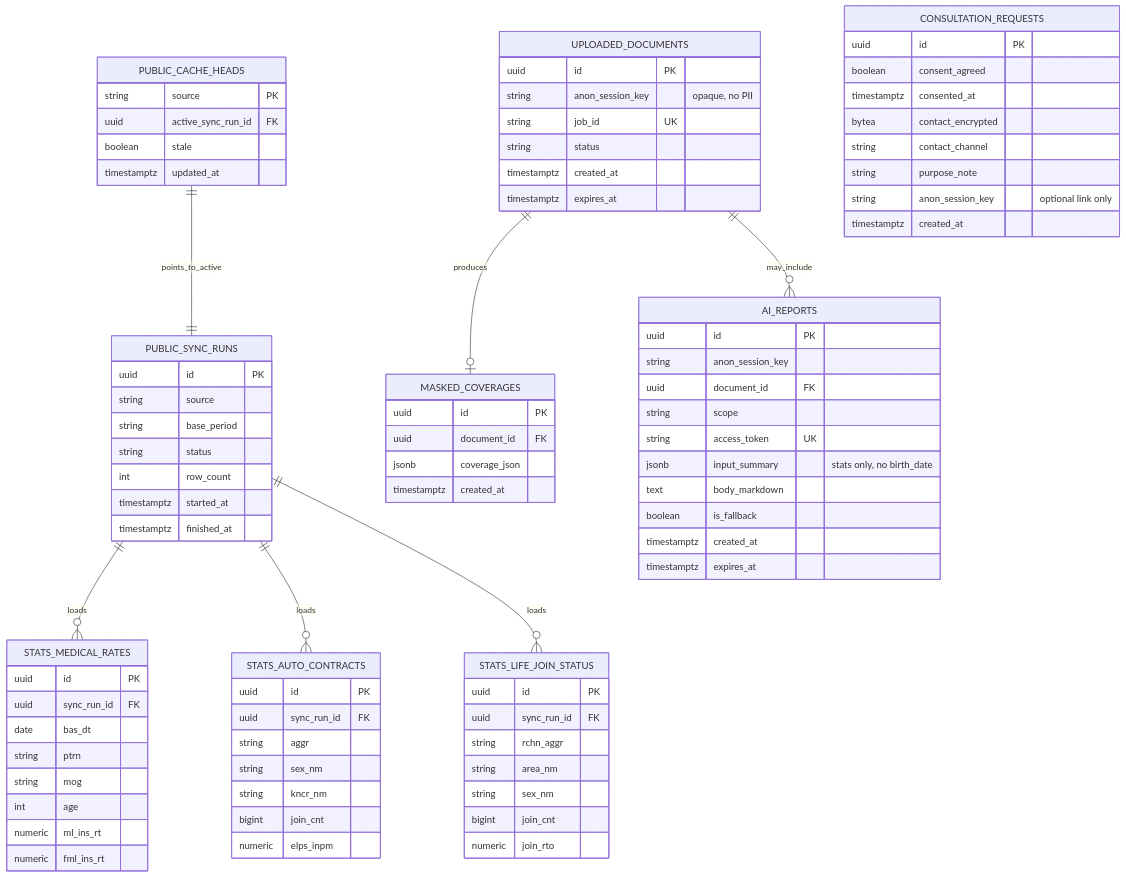
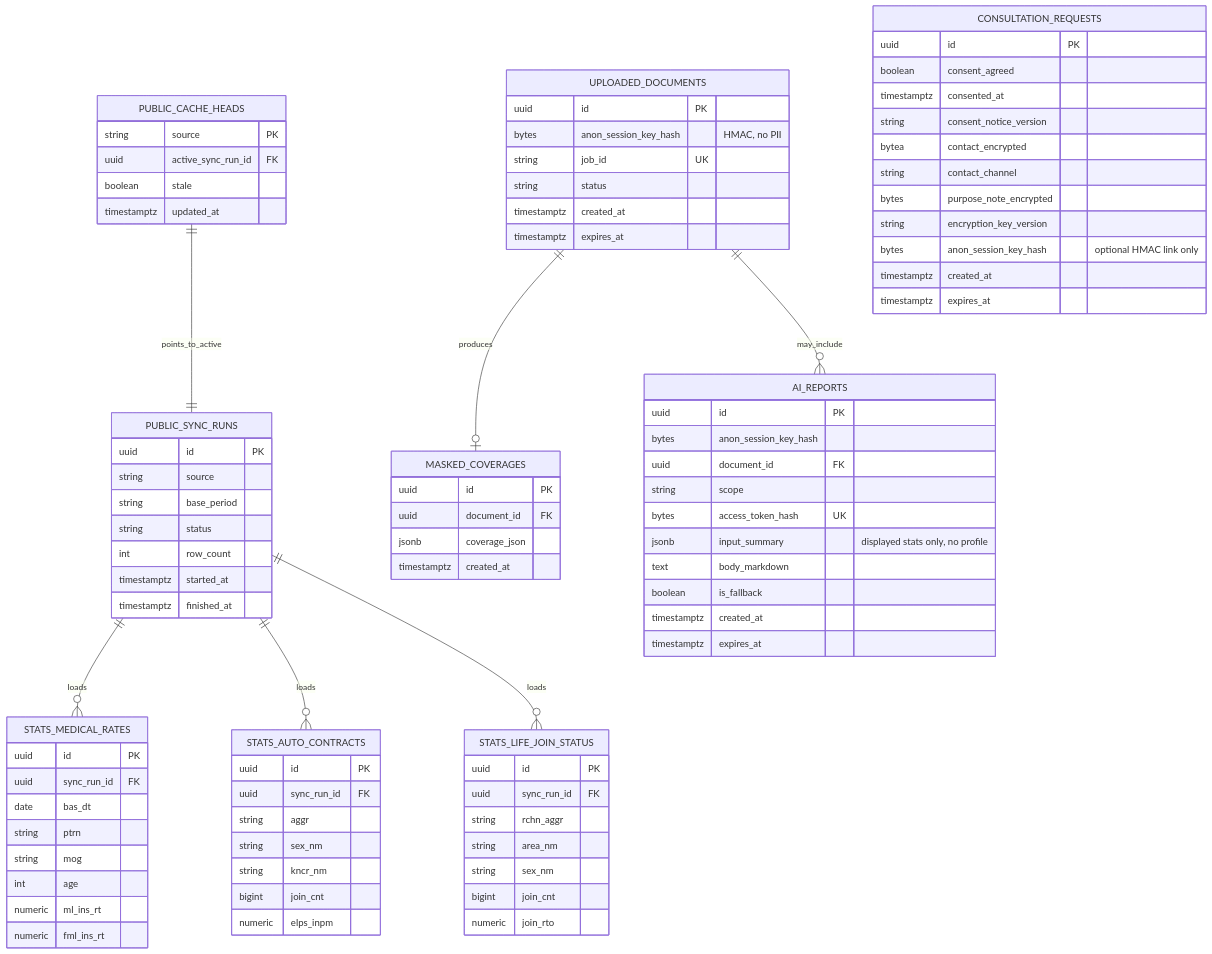
Before and after one commit to meustar/InsuranceForAll: the diagram in ERD.md, drawn with Mermaid. The commit also changed other lines of this file and 20 other files, not shown here.

````diff
--- a/ERD.md
+++ b/ERD.md
@@ -139,7 +139,7 @@
 
     UPLOADED_DOCUMENTS {
         uuid id PK
-        string anon_session_key "opaque, no PII"
+        bytes anon_session_key_hash "HMAC, no PII"
         string job_id UK
         string status
         timestamptz created_at
@@ -155,11 +155,11 @@
 
     AI_REPORTS {
         uuid id PK
-        string anon_session_key
+        bytes anon_session_key_hash
         uuid document_id FK
         string scope
-        string access_token UK
-        jsonb input_summary "stats only, no birth_date"
+        bytes access_token_hash UK
+        jsonb input_summary "displayed stats only, no profile"
         text body_markdown
         boolean is_fallback
         timestamptz created_at
@@ -170,10 +170,13 @@
         uuid id PK
         boolean consent_agreed
         timestamptz consented_at
+        string consent_notice_version
         bytea contact_encrypted
         string contact_channel
-        string purpose_note
-        string anon_session_key "optional link only"
+        bytes purpose_note_encrypted
+        string encryption_key_version
+        bytes anon_session_key_hash "optional HMAC link only"
         timestamptz created_at
+        timestamptz expires_at
     }
 ```
````
